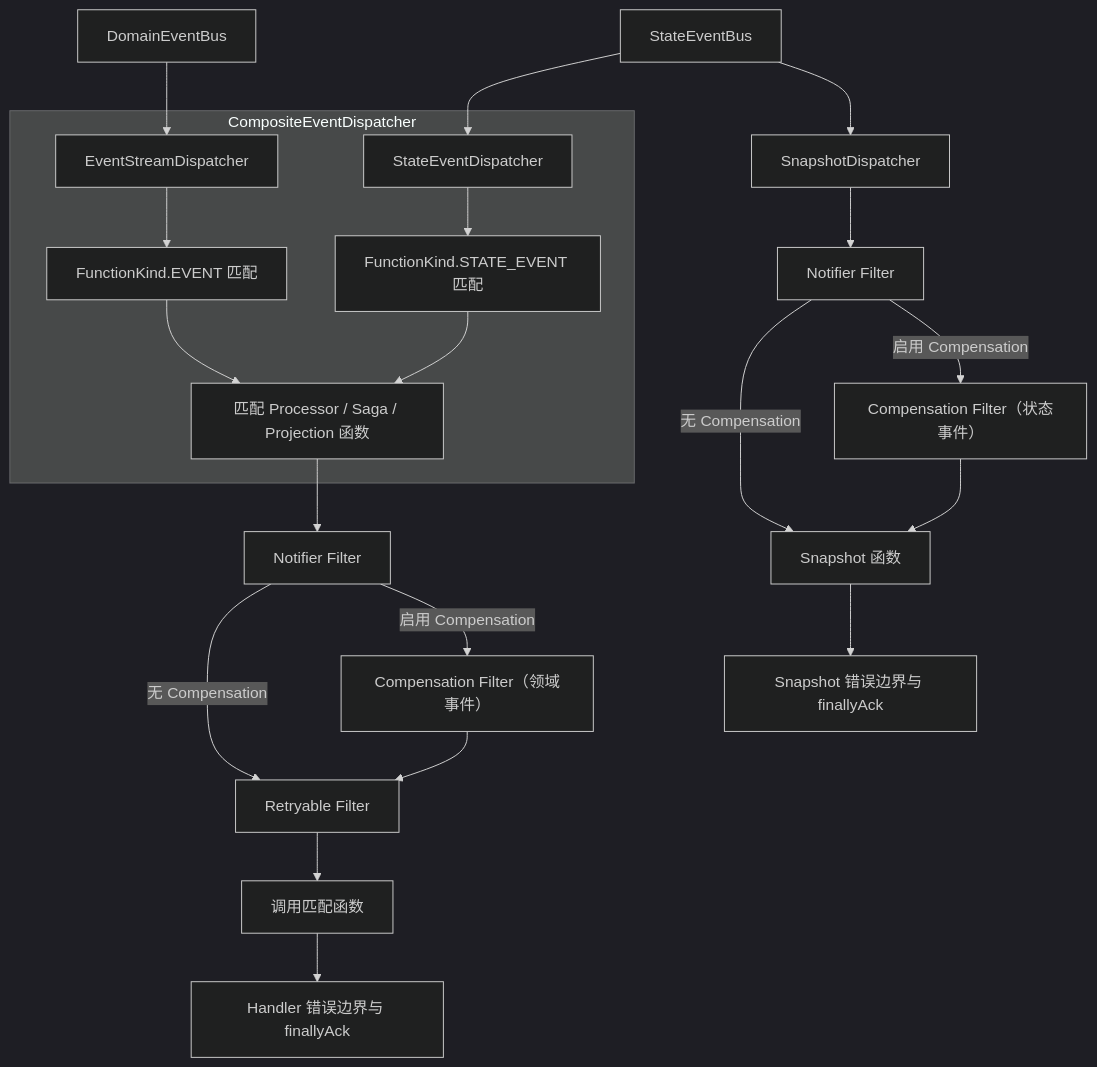
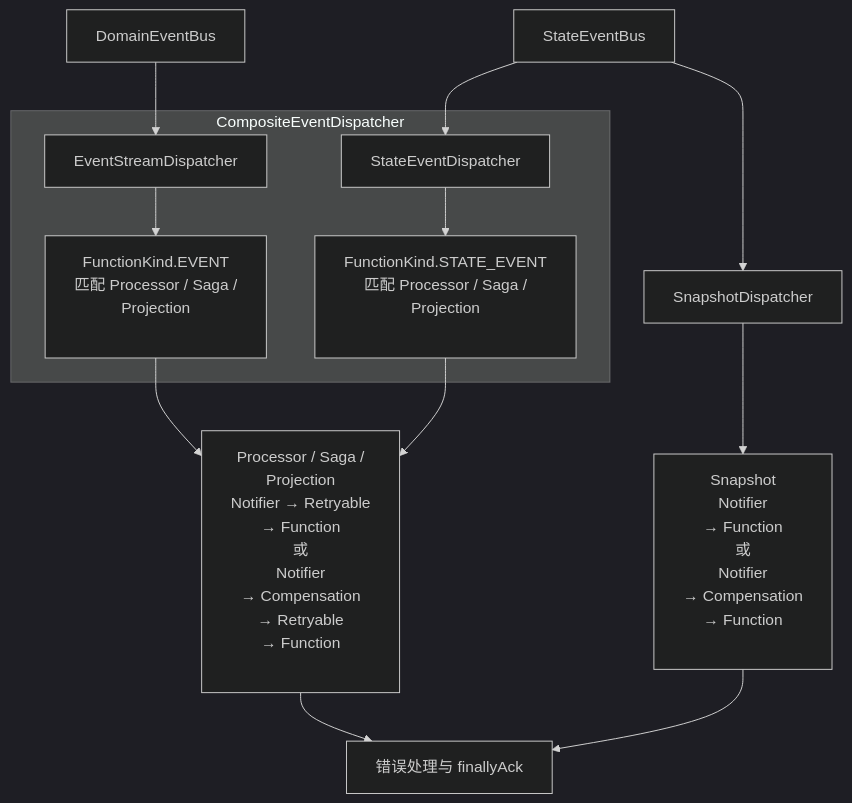
One commit to Ahoo-Wang/Wow changed the diagram in documentation/docs/zh/guide/event/dispatch.md. Above: the diagram before and after it, drawn with Mermaid (dark theme). The commit also changed 11 other files, not shown here.

Commit message:
docs: correct final diagram semantics

````diff
--- a/documentation/docs/zh/guide/event/dispatch.md
+++ b/documentation/docs/zh/guide/event/dispatch.md
@@ -24,23 +24,15 @@
 ```mermaid
 flowchart TB
     DomainBus["DomainEventBus"] --> EventStream["EventStreamDispatcher"]
     StateBus["StateEventBus"] --> StateEvent["StateEventDispatcher"]
     StateBus --> SnapshotDispatcher["SnapshotDispatcher"]
     subgraph Composite["CompositeEventDispatcher"]
-        EventStream --> EventKind["FunctionKind.EVENT 匹配"]
-        StateEvent --> StateKind["FunctionKind.STATE_EVENT 匹配"]
-        EventKind --> Matched["匹配 Processor / Saga / Projection 函数"]
-        StateKind --> Matched
+        EventStream --> EventKind["FunctionKind.EVENT<br/>匹配 Processor / Saga /<br/>Projection<br/>&nbsp;"]
+        StateEvent --> StateKind["FunctionKind.STATE_EVENT<br/>匹配 Processor / Saga /<br/>Projection<br/>&nbsp;"]
     end
-    Matched --> EventNotifier["Notifier Filter"]
-    EventNotifier -->|"无 Compensation"| Retryable["Retryable Filter"]
-    EventNotifier -->|"启用 Compensation"| DomainCompensation["Compensation Filter（领域事件）"]
-    DomainCompensation --> Retryable
-    Retryable --> EventFunction["调用匹配函数"]
-    SnapshotDispatcher --> SnapshotNotifier["Notifier Filter"]
-    SnapshotNotifier -->|"无 Compensation"| SnapshotFunction["Snapshot 函数"]
-    SnapshotNotifier -->|"启用 Compensation"| StateCompensation["Compensation Filter（状态事件）"]
-    StateCompensation --> SnapshotFunction
-    EventFunction --> EventBoundary["Handler 错误边界与 finallyAck"]
-    SnapshotFunction --> SnapshotBoundary["Snapshot 错误边界与 finallyAck"]
+    EventKind --> EventChain["Processor / Saga /<br/>Projection<br/>Notifier → Retryable<br/>→ Function<br/>或<br/>Notifier<br/>→ Compensation<br/>→ Retryable<br/>→ Function<br/>&nbsp;"]
+    StateKind --> EventChain
+    SnapshotDispatcher --> SnapshotChain["Snapshot<br/>Notifier<br/>→ Function<br/>或<br/>Notifier<br/>→ Compensation<br/>→ Function<br/>&nbsp;"]
+    EventChain --> Boundary["错误处理与 finallyAck"]
+    SnapshotChain --> Boundary
 ```
````
